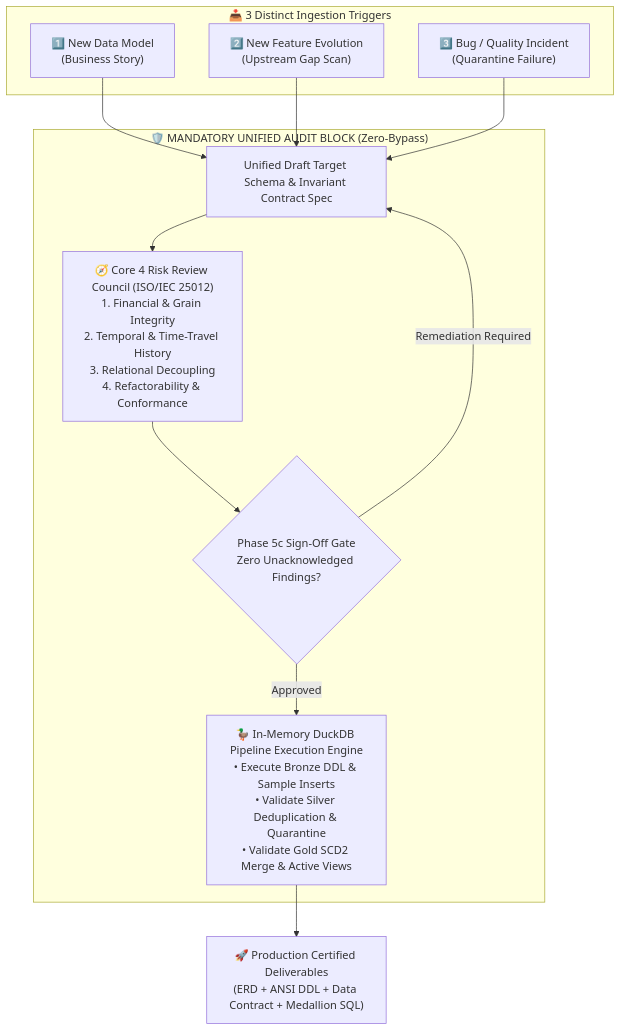
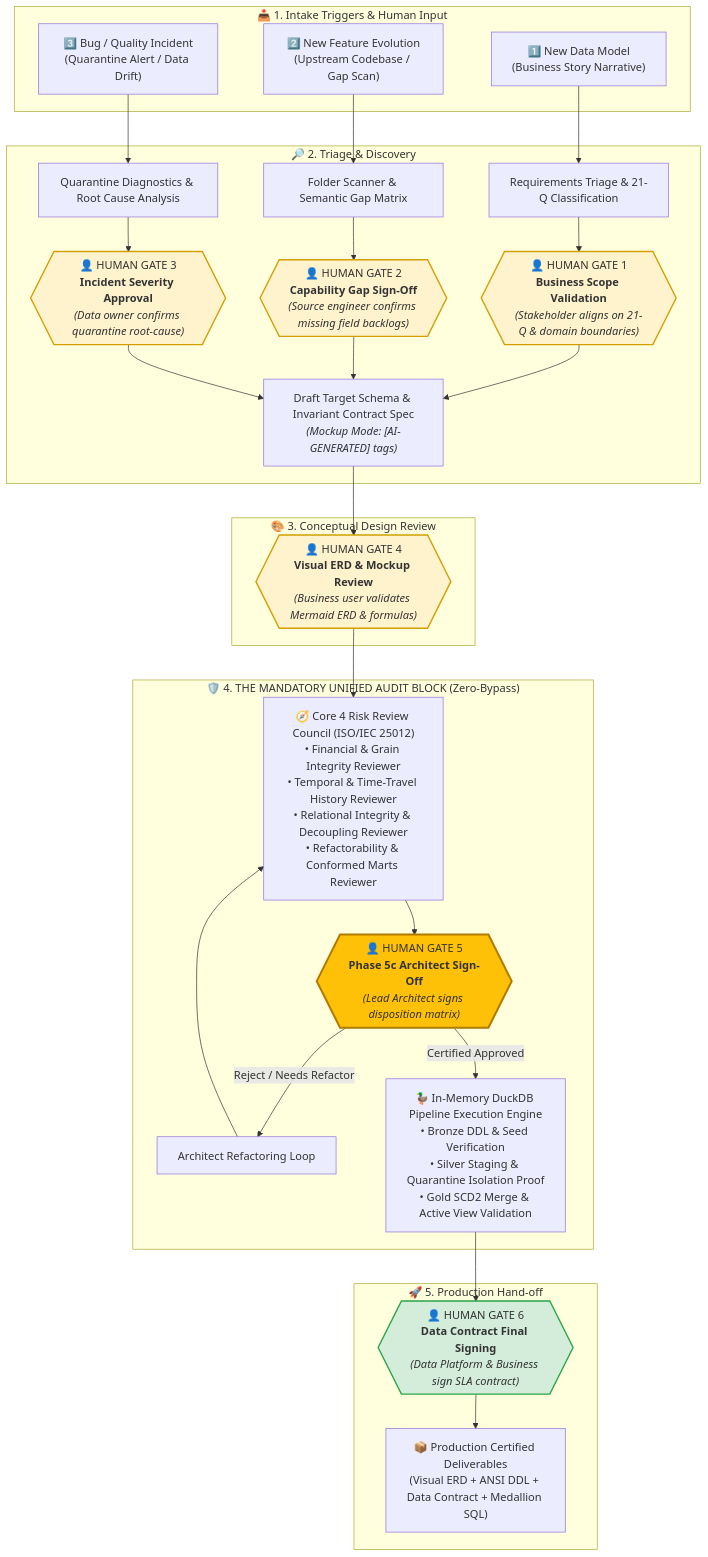
One commit to rachardv/data-model-architect changed the second of 2 diagrams in docs/ARCHITECTURE_AND_RUBRICS.md. Above: the diagram before and after it, drawn with Mermaid. The commit also changed other lines of this file and 1 other file, not shown here.

Commit message:
docs: add 6 explicit Human-in-the-Loop (HITL) validation gates to workflow diagrams and rubrics

````diff
--- a/docs/ARCHITECTURE_AND_RUBRICS.md
+++ b/docs/ARCHITECTURE_AND_RUBRICS.md
@@ -50,23 +50,48 @@
 ```mermaid
 flowchart TD
-    subgraph INTAKE["📥 3 Distinct Ingestion Triggers"]
-        W1["1️⃣ New Data Model<br/>(Business Story)"]
-        W2["2️⃣ New Feature Evolution<br/>(Upstream Gap Scan)"]
-        W3["3️⃣ Bug / Quality Incident<br/>(Quarantine Failure)"]
+    subgraph INTAKE["📥 1. Intake Triggers & Human Input"]
+        W1["1️⃣ New Data Model<br/>(Business Story Narrative)"]
+        W2["2️⃣ New Feature Evolution<br/>(Upstream Codebase / Gap Scan)"]
+        W3["3️⃣ Bug / Quality Incident<br/>(Quarantine Alert / Data Drift)"]
     end
 
-    W1 --> SYNTH["Unified Draft Target Schema & Invariant Contract Spec"]
-    W2 --> SYNTH
-    W3 --> SYNTH
-
-    subgraph AUDIT_BLOCK["🛡️ MANDATORY UNIFIED AUDIT BLOCK (Zero-Bypass)"]
-        SYNTH --> COUNCIL["🧭 Core 4 Risk Review Council (ISO/IEC 25012)<br/>1. Financial & Grain Integrity<br/>2. Temporal & Time-Travel History<br/>3. Relational Decoupling<br/>4. Refactorability & Conformance"]
+    subgraph TRIAGE_DISCOVERY["🔎 2. Triage & Discovery"]
+        W1 --> T1["Requirements Triage & 21-Q Classification"]
+        W2 --> T2["Folder Scanner & Semantic Gap Matrix"]
+        W3 --> T3["Quarantine Diagnostics & Root Cause Analysis"]
         
-        COUNCIL --> GATE{"Phase 5c Sign-Off Gate<br/>Zero Unacknowledged Findings?"}
-        GATE -- Remediation Required --> SYNTH
+        T1 --> H1{{"👤 HUMAN GATE 1<br/><b>Business Scope Validation</b><br/><i>(Stakeholder aligns on 21-Q & domain boundaries)</i>"}}
+        T2 --> H2{{"👤 HUMAN GATE 2<br/><b>Capability Gap Sign-Off</b><br/><i>(Source engineer confirms missing field backlogs)</i>"}}
+        T3 --> H3{{"👤 HUMAN GATE 3<br/><b>Incident Severity Approval</b><br/><i>(Data owner confirms quarantine root-cause)</i>"}}
         
-        GATE -- Approved --> DUCKDB["🦆 In-Memory DuckDB Pipeline Execution Engine<br/>• Execute Bronze DDL & Sample Inserts<br/>• Validate Silver Deduplication & Quarantine<br/>• Validate Gold SCD2 Merge & Active Views"]
+        H1 --> S1["Draft Target Schema & Invariant Contract Spec<br/><i>(Mockup Mode: [AI-GENERATED] tags)</i>"]
+        H2 --> S1
+        H3 --> S1
     end
 
-    DUCKDB --> CERT["🚀 Production Certified Deliverables<br/>(ERD + ANSI DDL + Data Contract + Medallion SQL)"]
+    subgraph CONCEPT_REVIEW["🎨 3. Conceptual Design Review"]
+        S1 --> H4{{"👤 HUMAN GATE 4<br/><b>Visual ERD & Mockup Review</b><br/><i>(Business user validates Mermaid ERD & formulas)</i>"}}
+    end
+
+    subgraph UNIFIED_AUDIT["🛡️ 4. THE MANDATORY UNIFIED AUDIT BLOCK (Zero-Bypass)"]
+        H4 --> AC["🧭 Core 4 Risk Review Council (ISO/IEC 25012)<br/>• Financial & Grain Integrity Reviewer<br/>• Temporal & Time-Travel History Reviewer<br/>• Relational Integrity & Decoupling Reviewer<br/>• Refactorability & Conformed Marts Reviewer"]
+        
+        AC --> H5{{"👤 HUMAN GATE 5<br/><b>Phase 5c Architect Sign-Off</b><br/><i>(Lead Architect signs disposition matrix)</i>"}}
+        H5 -- Reject / Needs Refactor --> REF["Architect Refactoring Loop"]
+        REF --> AC
+        
+        H5 -- Certified Approved --> DUCK["🦆 In-Memory DuckDB Pipeline Execution Engine<br/>• Bronze DDL & Seed Verification<br/>• Silver Staging & Quarantine Isolation Proof<br/>• Gold SCD2 Merge & Active View Validation"]
+    end
+
+    subgraph PRODUCTION["🚀 5. Production Hand-off"]
+        DUCK --> H6{{"👤 HUMAN GATE 6<br/><b>Data Contract Final Signing</b><br/><i>(Data Platform & Business sign SLA contract)</i>"}}
+        H6 --> OUT["📦 Production Certified Deliverables<br/>(Visual ERD + ANSI DDL + Data Contract + Medallion SQL)"]
+    end
+
+    style H1 fill:#fff3cd,stroke:#d39e00,stroke-width:2px
+    style H2 fill:#fff3cd,stroke:#d39e00,stroke-width:2px
+    style H3 fill:#fff3cd,stroke:#d39e00,stroke-width:2px
+    style H4 fill:#fff3cd,stroke:#d39e00,stroke-width:2px
+    style H5 fill:#ffc107,stroke:#b27b00,stroke-width:3px
+    style H6 fill:#d4edda,stroke:#28a745,stroke-width:2px
 ```
````
